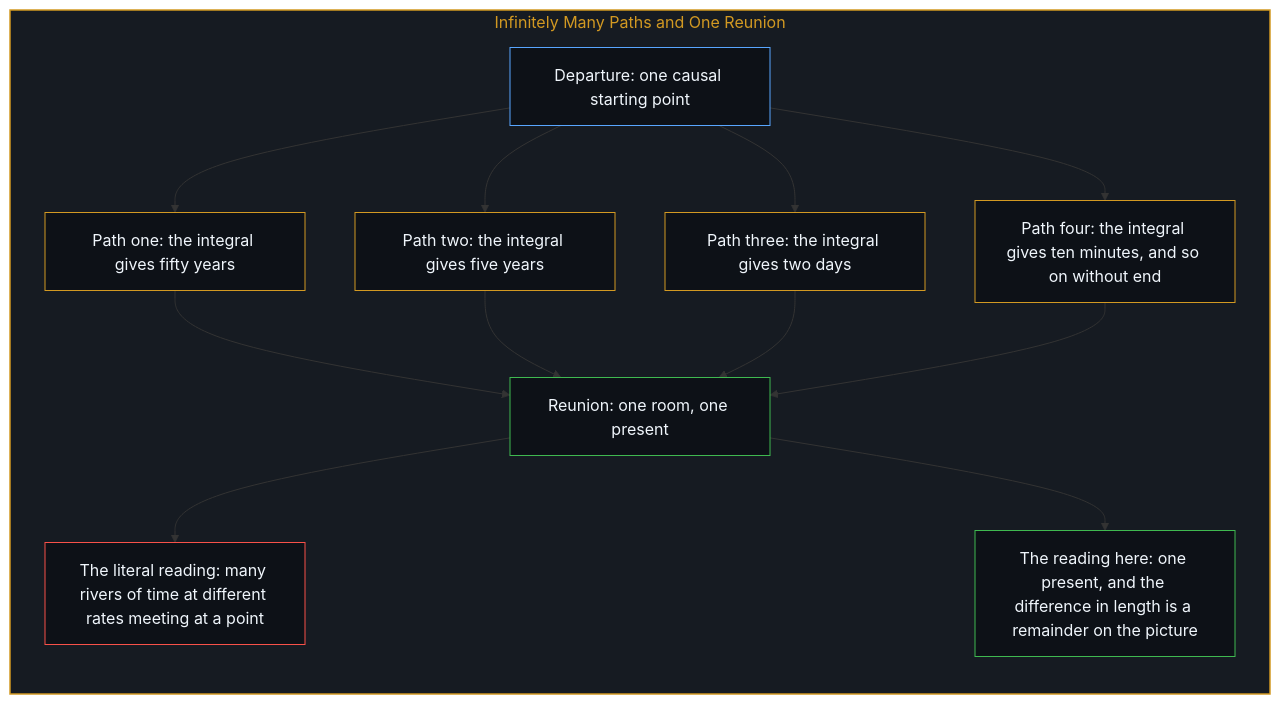
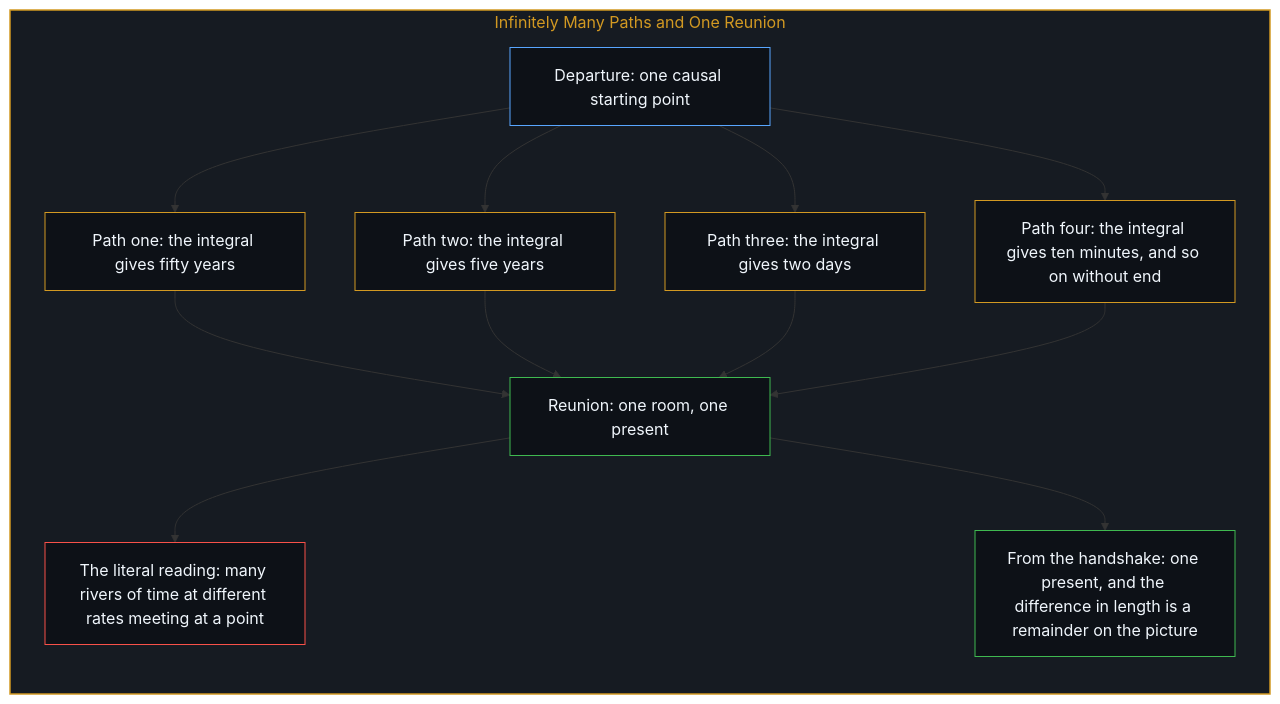
Before and after one commit to powerpig99/not-a-toe: diagram 14 of 18 in content/posts/the-twin-paradox-and-the-hidden-observer.md, drawn with Mermaid. The commit also changed other lines of this file and 2 other files, not shown here.

````diff
--- a/content/posts/the-twin-paradox-and-the-hidden-observer.md
+++ b/content/posts/the-twin-paradox-and-the-hidden-observer.md
@@ -466,34 +466,34 @@
 ```mermaid
 flowchart TD
     subgraph S_Paths["Infinitely Many Paths and One Reunion"]
         direction TB
         Origin["Departure: one causal starting point"]
         PathOne["Path one: the integral gives fifty years"]
         PathTwo["Path two: the integral gives five years"]
         PathThree["Path three: the integral gives two days"]
         PathMore["Path four: the integral gives ten minutes, and so on without end"]
         Room["Reunion: one room, one present"]
         Rivers["The literal reading: many rivers of time at different rates meeting at a point"]
-        Rem["The reading here: one present, and the difference in length is a remainder on the picture"]
+        Rem["From the handshake: one present, and the difference in length is a remainder on the picture"]
         Origin --> PathOne
         Origin --> PathTwo
         Origin --> PathThree
         Origin --> PathMore
         PathOne --> Room
         PathTwo --> Room
         PathThree --> Room
         PathMore --> Room
         Room --> Rivers
         Room --> Rem
     end
 
     style S_Paths fill:#161b22,stroke:#d29922,stroke-width:1.5px,color:#d29922
     style Origin fill:#0d1117,stroke:#58a6ff,stroke-width:1px,color:#f0f6fc
     style PathOne fill:#0d1117,stroke:#d29922,stroke-width:1px,color:#f0f6fc
     style PathTwo fill:#0d1117,stroke:#d29922,stroke-width:1px,color:#f0f6fc
     style PathThree fill:#0d1117,stroke:#d29922,stroke-width:1px,color:#f0f6fc
     style PathMore fill:#0d1117,stroke:#d29922,stroke-width:1px,color:#f0f6fc
     style Room fill:#0d1117,stroke:#3fb950,stroke-width:1px,color:#f0f6fc
     style Rivers fill:#0d1117,stroke:#f85149,stroke-width:1px,color:#f0f6fc
     style Rem fill:#0d1117,stroke:#3fb950,stroke-width:1px,color:#f0f6fc
 ```
````
